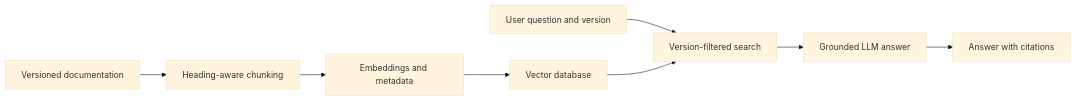
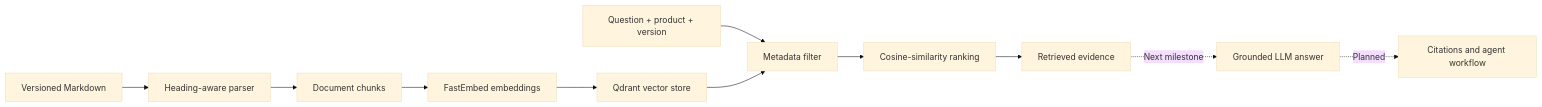
Before and after one commit to MahalaxmiK/version-aware-doc-assistant: the diagram in README.md, drawn with Mermaid (base theme). The commit also changed other lines of this file, not shown here.

Commit message:
Add Qdrant retrieval and update project documentation

````diff
--- a/README.md
+++ b/README.md
@@ -45,10 +49,14 @@
 ```mermaid
 flowchart LR
-    A[Versioned documentation] --> B[Heading-aware chunking]
-    B --> C[Embeddings and metadata]
-    C --> D[Vector database]
-    Q[User question and version] --> E[Version-filtered search]
-    D --> E
-    E --> F[Grounded LLM answer]
-    F --> G[Answer with citations]
+    A[Versioned Markdown] --> B[Heading-aware parser]
+    B --> C[Document chunks]
+    C --> D[FastEmbed embeddings]
+    D --> E[Qdrant vector store]
+
+    Q[Question + product + version] --> F[Metadata filter]
+    E --> F
+    F --> G[Cosine-similarity ranking]
+    G --> H[Retrieved evidence]
+    H -. Next milestone .-> I[Grounded LLM answer]
+    I -. Planned .-> J[Citations and agent workflow]
 ```
````
